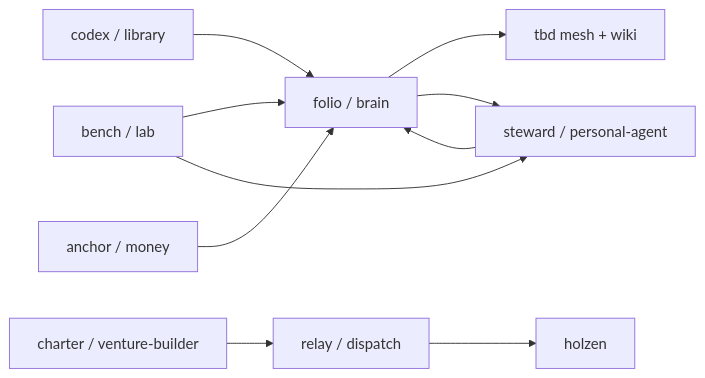
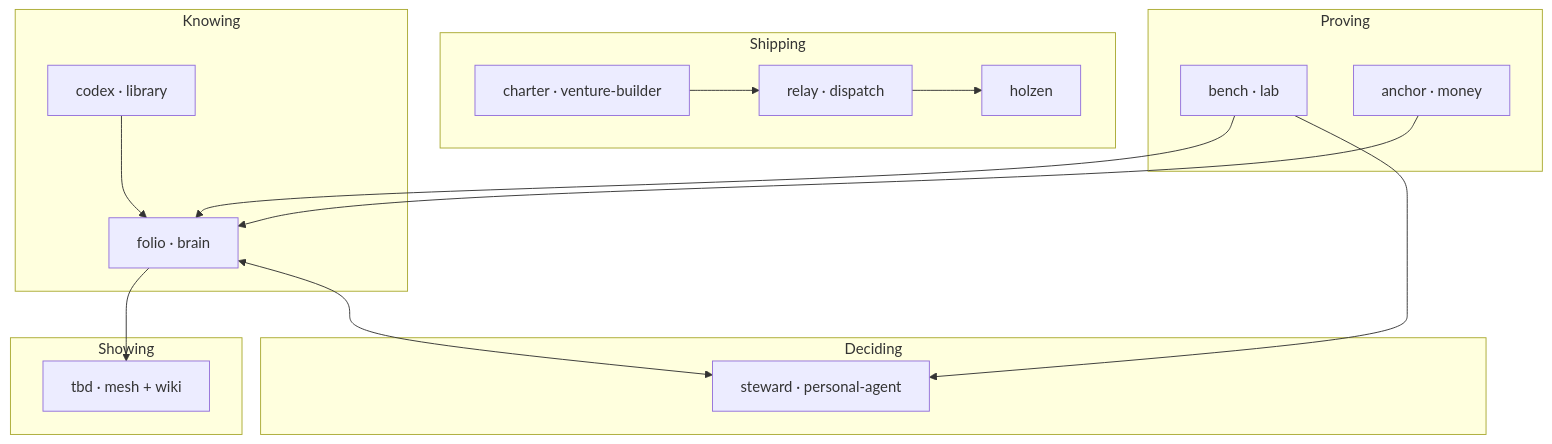
The diagram in README.md (Angelguirao/projects), drawn with Mermaid before and after one commit. The commit also changed other lines of this file, not shown here.

````diff
--- a/README.md
+++ b/README.md
@@ -70,12 +25,33 @@
 ```mermaid
-flowchart LR
-  LIB[codex / library] --> BR[folio / brain]
-  BR --> TBD[tbd mesh + wiki]
-  BR --> PA[steward / personal-agent]
-  PA --> BR
-  LAB[bench / lab] --> BR
-  LAB --> PA
-  VB[charter / venture-builder] --> DISP[relay / dispatch]
-  DISP --> HOL[holzen]
-  MON[anchor / money] --> BR
+flowchart TB
+  subgraph know["Knowing"]
+    LIB[codex · library]
+    FOL[folio · brain]
+    LIB --> FOL
+  end
+
+  subgraph decide["Deciding"]
+    ST[steward · personal-agent]
+    FOL <--> ST
+  end
+
+  subgraph show["Showing"]
+    MESH[tbd · mesh + wiki]
+    FOL --> MESH
+  end
+
+  subgraph ship["Shipping"]
+    HOL[holzen]
+    CHR[charter · venture-builder]
+    REL[relay · dispatch]
+    CHR --> REL --> HOL
+  end
+
+  subgraph prove["Proving"]
+    LAB[bench · lab]
+    MON[anchor · money]
+    LAB --> FOL
+    LAB --> ST
+    MON --> FOL
+  end
 ```
````
